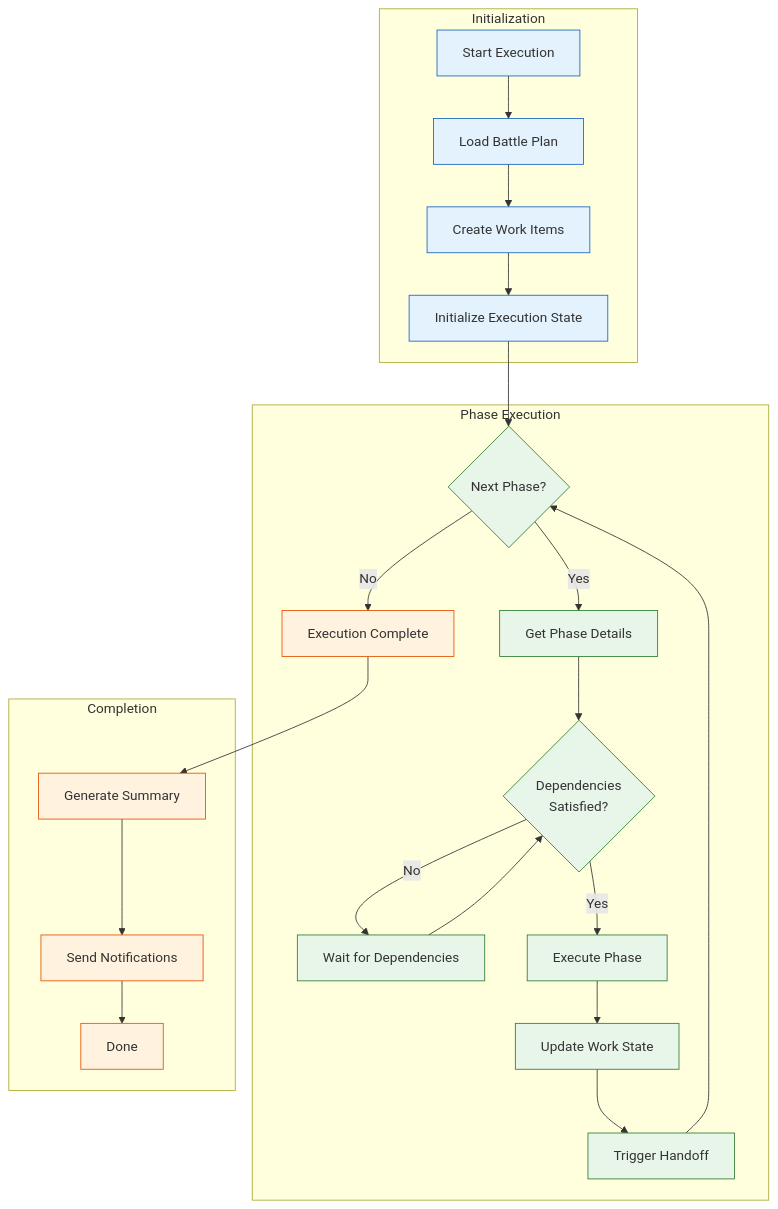
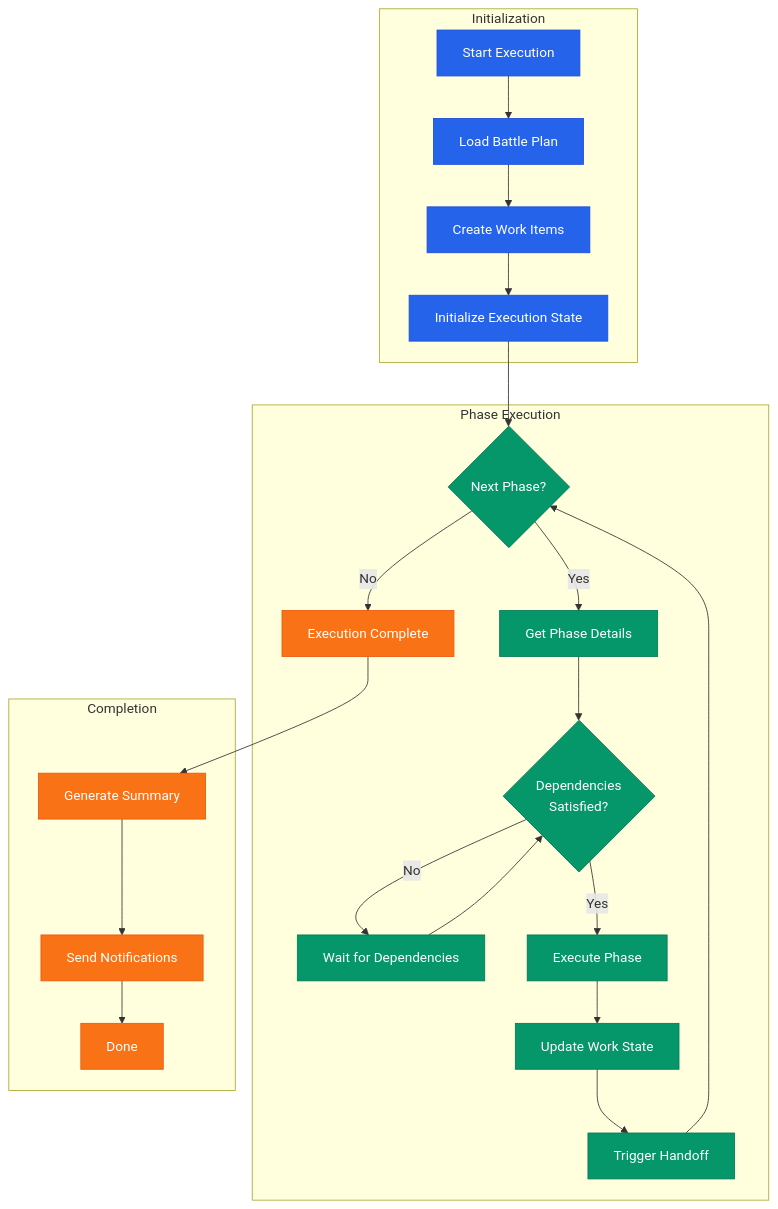
The sixth of 10 diagrams in docs/architecture/ARCHITECTURE-DIAGRAMS.md (jnPiyush/AI-Squad), drawn with Mermaid before and after one commit. The commit also changed other lines of this file and 6 other files, not shown here.

First line of the commit message:
Consolidate docs: fix diagram colors, remove duplicates, reorganize

````diff
--- a/docs/architecture/ARCHITECTURE-DIAGRAMS.md
+++ b/docs/architecture/ARCHITECTURE-DIAGRAMS.md
@@ -263,40 +263,40 @@
 ```mermaid
 flowchart TD
     subgraph "Initialization"
         Start[Start Execution] --> Load[Load Battle Plan]
         Load --> Create[Create Work Items]
         Create --> Init[Initialize Execution State]
     end
     
     subgraph "Phase Execution"
         Init --> NextPhase{Next Phase?}
         
         NextPhase -->|Yes| GetPhase[Get Phase Details]
         NextPhase -->|No| Complete[Execution Complete]
         
         GetPhase --> CheckDeps{Dependencies<br/>Satisfied?}
         
         CheckDeps -->|No| Wait[Wait for Dependencies]
         CheckDeps -->|Yes| Execute[Execute Phase]
         
         Wait --> CheckDeps
         
         Execute --> Update[Update Work State]
         Update --> Handoff[Trigger Handoff]
         Handoff --> NextPhase
     end
     
     subgraph "Completion"
         Complete --> Summary[Generate Summary]
         Summary --> Notify[Send Notifications]
         Notify --> Done[Done]
     end
     
-    classDef init fill:#e3f2fd,stroke:#1565c0
-    classDef exec fill:#e8f5e9,stroke:#2e7d32
-    classDef complete fill:#fff3e0,stroke:#e65100
+    classDef init fill:#2563eb,stroke:#1d4ed8,color:#fff
+    classDef exec fill:#059669,stroke:#047857,color:#fff
+    classDef complete fill:#f97316,stroke:#ea580c,color:#fff
     
     class Start,Load,Create,Init init
     class NextPhase,GetPhase,CheckDeps,Wait,Execute,Update,Handoff exec
     class Complete,Summary,Notify,Done complete
 ```
````
